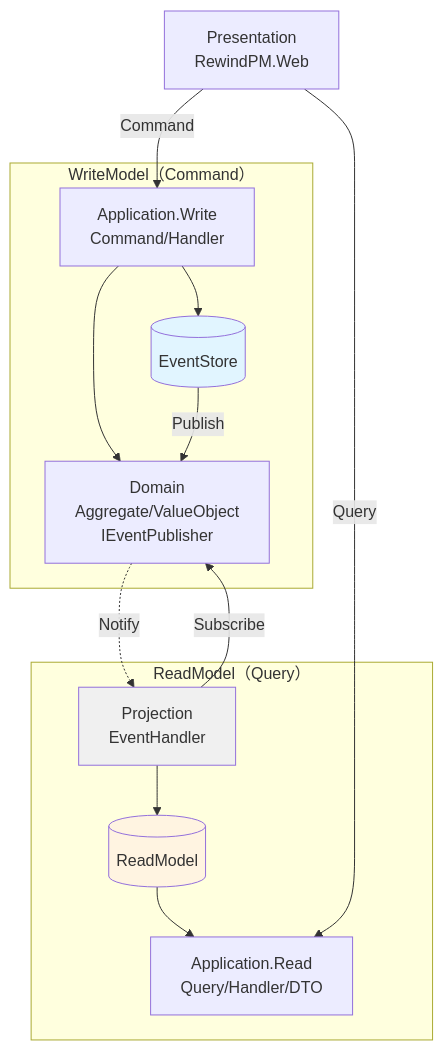
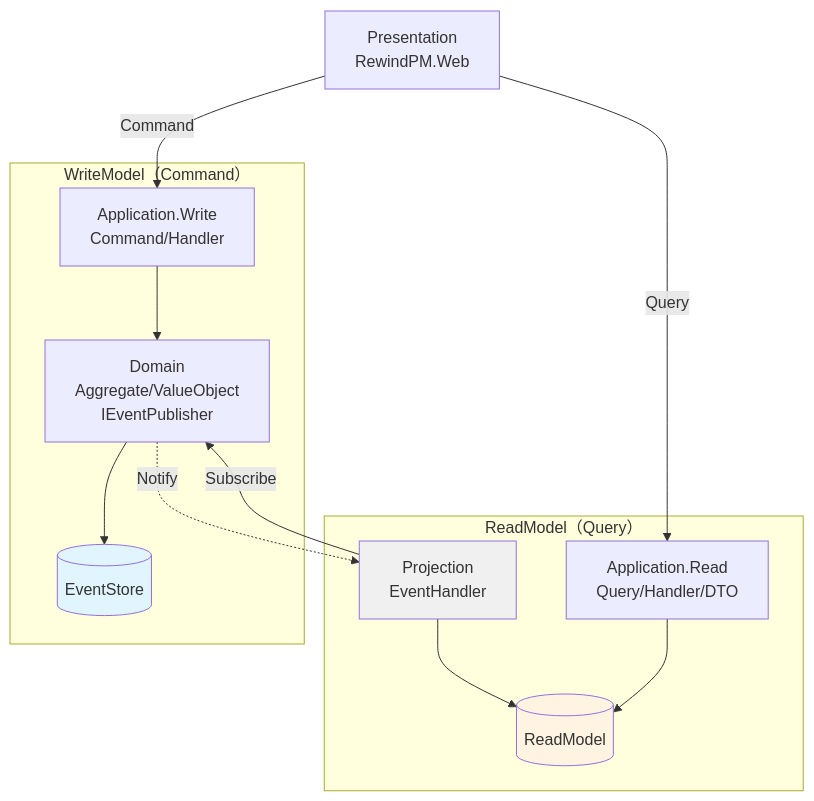
Before and after one commit to hmbl7graze/RewindPM: the first of 2 diagrams in README.md, drawn with Mermaid. The commit also changed other lines of this file, not shown here.

Commit message:
docs: README.mdにデータフロー図と依存関係図を追加し、処理の流れを明確化

````diff
--- a/README.md
+++ b/README.md
@@ -219,34 +219,33 @@
 ```mermaid
 graph TB
     UI[Presentation<br/>RewindPM.Web]
 
     subgraph "WriteModel（Command）"
         AppWrite[Application.Write<br/>Command/Handler]
         Domain[Domain<br/>Aggregate/ValueObject<br/>IEventPublisher]
         EventStore[(EventStore)]
 
         AppWrite --> Domain
-        AppWrite --> 
-        EventStore -->|Publish| Domain
+        Domain --> EventStore
     end
 
     UI -->|Command| AppWrite
 
     Projection[Projection<br/>EventHandler]
     Projection -->|Subscribe| Domain
     Domain -.Notify.-> Projection
 
     subgraph "ReadModel（Query）"
         ReadModel[(ReadModel)]
         AppRead[Application.Read<br/>Query/Handler/DTO]
 
         Projection --> ReadModel
-        ReadModel --> AppRead
+        AppRead -->ReadModel
     end
 
     UI -->|Query| AppRead
 
     style EventStore fill:#e1f5ff
     style ReadModel fill:#fff4e1
     style Projection fill:#f0f0f0
 ```
````
